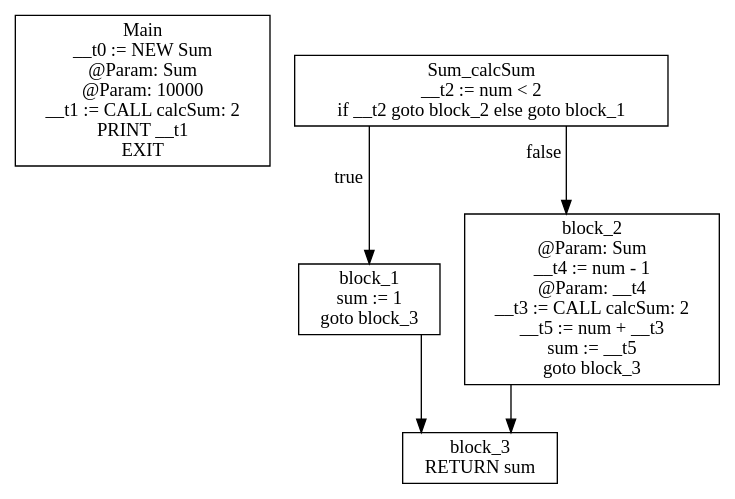
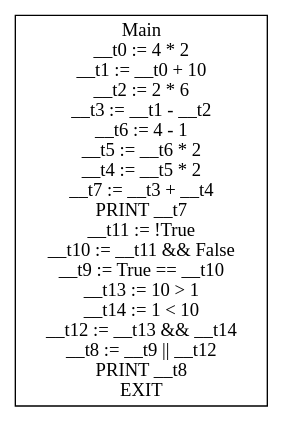
The diagram in gettingStarted/cfg.dot (KarmaSora/Compiler), drawn with Graphviz before and after one commit. The commit also changed 8 other files, not shown here.

```diff
--- a/gettingStarted/cfg.dot
+++ b/gettingStarted/cfg.dot
@@ -1,13 +1,5 @@
 digraph CFG {
 graph [splines=ortho];
 node [shape=box];
-Main [label="Main\n__t0 := NEW Sum\n @Param: Sum\n @Param: 10000\n__t1 := CALL calcSum: 2\nPRINT __t1\nEXIT\n"];
-Sum_calcSum -> block_1 [xlabel="true"];
-Sum_calcSum -> block_2 [xlabel="false"];
-Sum_calcSum [label="Sum_calcSum\n__t2 := num < 2\nif __t2 goto block_2 else goto block_1\n"];
-block_1 -> block_3;
-block_1 [label="block_1\nsum := 1\ngoto block_3\n"];
-block_2 -> block_3;
-block_2 [label="block_2\n @Param: Sum\n__t4 := num - 1\n @Param: __t4\n__t3 := CALL calcSum: 2\n__t5 := num + __t3\nsum := __t5\ngoto block_3\n"];
-block_3 [label="block_3\nRETURN sum\n"];
+Main [label="Main\n__t0 := 4 * 2\n__t1 := __t0 + 10\n__t2 := 2 * 6\n__t3 := __t1 - __t2\n__t6 := 4 - 1\n__t5 := __t6 * 2\n__t4 := __t5 * 2\n__t7 := __t3 + __t4\nPRINT __t7\n__t11 := !True\n__t10 := __t11 && False\n__t9 := True == __t10\n__t13 := 10 > 1\n__t14 := 1 < 10\n__t12 := __t13 && __t14\n__t8 := __t9 || __t12\nPRINT __t8\nEXIT\n"];
 }
```
